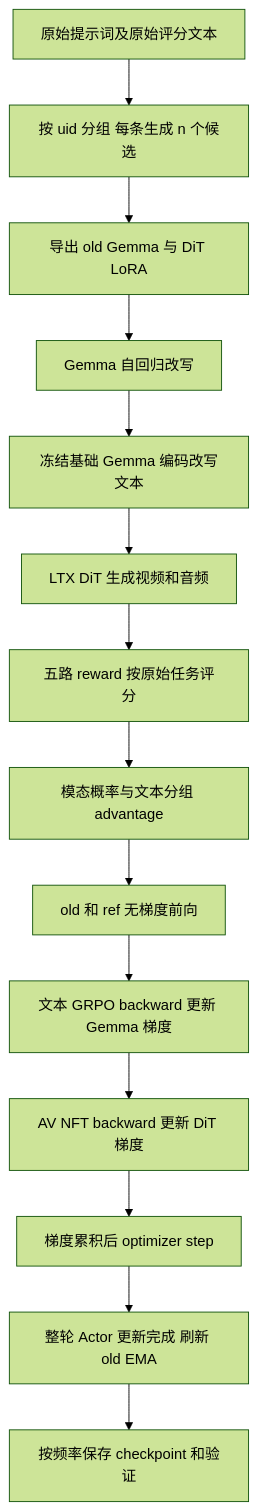
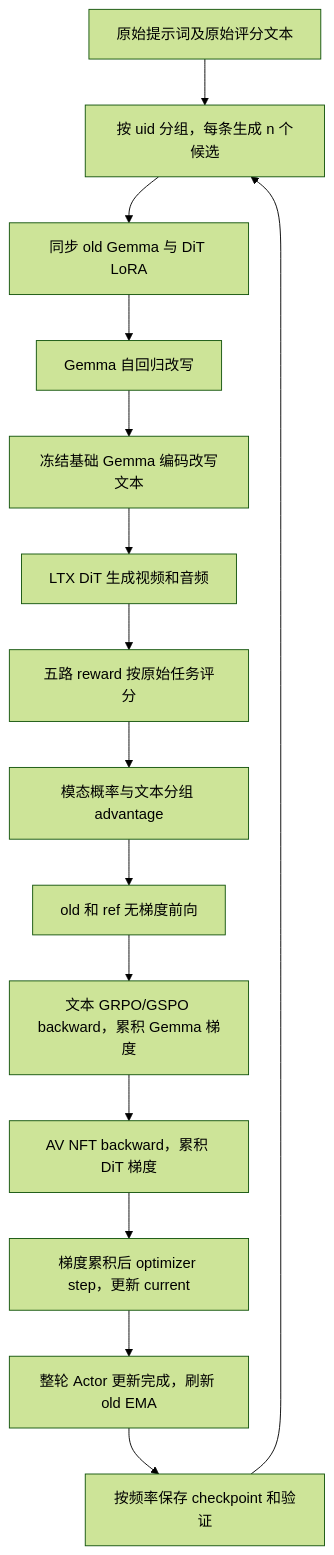
The second of 6 diagrams in examples/unigrpo_nft_trainer/ltx2/IMPLEMENTATION.md (DuwSpace/verl-omni), drawn with Mermaid (forest theme) before and after one commit. The commit also changed other lines of this file and 29 other files, not shown here.

````diff
--- a/examples/unigrpo_nft_trainer/ltx2/IMPLEMENTATION.md
+++ b/examples/unigrpo_nft_trainer/ltx2/IMPLEMENTATION.md
@@ -38,16 +98,17 @@
 ```mermaid
 flowchart TD
-    A[原始提示词及原始评分文本] --> B[按 uid 分组 每条生成 n 个候选]
-    B --> C[导出 old Gemma 与 DiT LoRA]
+    A[原始提示词及原始评分文本] --> B[按 uid 分组，每条生成 n 个候选]
+    B --> C[同步 old Gemma 与 DiT LoRA]
     C --> D[Gemma 自回归改写]
     D --> E[冻结基础 Gemma 编码改写文本]
     E --> F[LTX DiT 生成视频和音频]
     F --> G[五路 reward 按原始任务评分]
     G --> H[模态概率与文本分组 advantage]
     H --> I[old 和 ref 无梯度前向]
-    I --> J[文本 GRPO backward 更新 Gemma 梯度]
-    J --> K[AV NFT backward 更新 DiT 梯度]
-    K --> L[梯度累积后 optimizer step]
-    L --> M[整轮 Actor 更新完成 刷新 old EMA]
+    I --> J[文本 GRPO/GSPO backward，累积 Gemma 梯度]
+    J --> K[AV NFT backward，累积 DiT 梯度]
+    K --> L[梯度累积后 optimizer step，更新 current]
+    L --> M[整轮 Actor 更新完成，刷新 old EMA]
     M --> N[按频率保存 checkpoint 和验证]
+    N --> B
 ```
````
